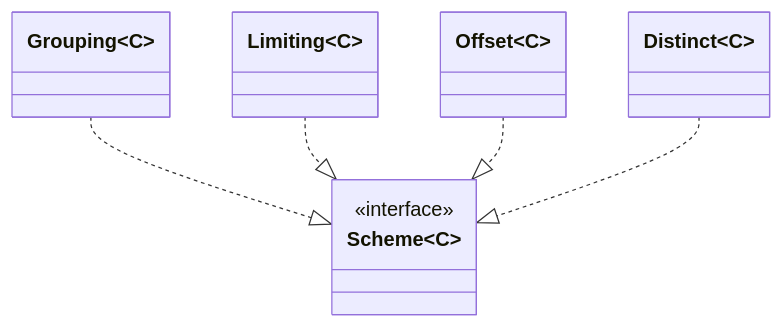
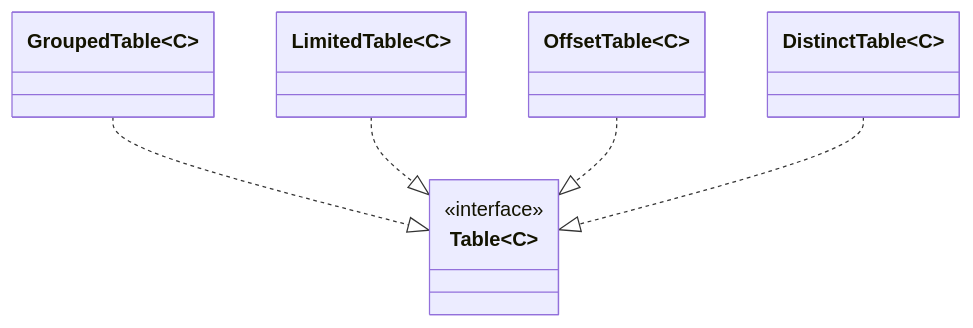
The fourth of 6 diagrams in docs/domain.md (safarislava/QueryBricks), drawn with Mermaid before and after one commit. The commit also changed other lines of this file, not shown here.

Commit message:
docs: Define responsibilities of columns, table, schema

````diff
--- a/docs/domain.md
+++ b/docs/domain.md
@@ -72,20 +69,20 @@
 ```mermaid
 classDiagram
-    class Scheme~C~ {
+    class Table~C~ {
         <<interface>>
     }
 
-    class Grouping~C~
-    Grouping ..|> Scheme
+    class GroupedTable~C~
+    GroupedTable ..|> Table
 
-    class Limiting~C~
-    Limiting ..|> Scheme
+    class LimitedTable~C~
+    LimitedTable ..|> Table
 
-    class Offset~C~
-    Offset ..|> Scheme
+    class OffsetTable~C~
+    OffsetTable ..|> Table
 
-    class Distinct~C~
-    Distinct ..|> Scheme
+    class DistinctTable~C~
+    DistinctTable ..|> Table
 
     %% спроектировать HAVING
 ```
````
